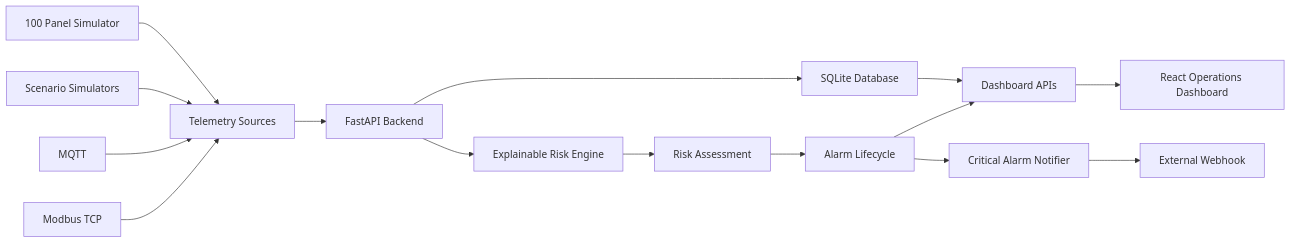
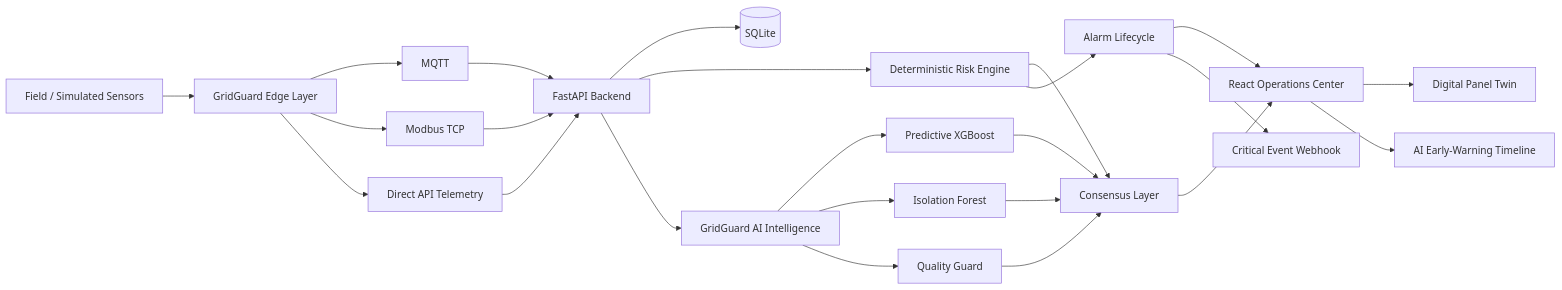
One commit to KenanAkyurek66/GridGuard changed the diagram in README.md. Above: the diagram before and after it, drawn with Mermaid. The commit also changed other lines of this file, not shown here.

Commit message:
docs: update project README for AI and hardware architecture

````diff
--- a/README.md
+++ b/README.md
@@ -160,23 +96,35 @@
 ```mermaid
 flowchart LR
-    A[Telemetry Sources] --> B[FastAPI Backend]
 
-    A1[100 Panel Simulator] --> A
-    A2[Scenario Simulators] --> A
-    A3[MQTT] --> A
-    A4[Modbus TCP] --> A
+    S[Field / Simulated Sensors] --> E[GridGuard Edge Layer]
 
-    B --> C[SQLite Database]
-    B --> D[Explainable Risk Engine]
+    E --> M[MQTT]
+    E --> B[Modbus TCP]
+    E --> A[Direct API Telemetry]
 
-    D --> E[Risk Assessment]
-    E --> F[Alarm Lifecycle]
+    M --> API[FastAPI Backend]
+    B --> API
+    A --> API
 
-    C --> G[Dashboard APIs]
-    F --> G
+    API --> DB[(SQLite)]
+    API --> R[Deterministic Risk Engine]
+    API --> AI[GridGuard AI Intelligence]
 
-    G --> H[React Operations Dashboard]
-    F --> I[Critical Alarm Notifier]
+    AI --> P[Predictive XGBoost]
+    AI --> IF[Isolation Forest]
+    AI --> Q[Quality Guard]
 
-    I --> J[External Webhook]
+    R --> C[Consensus Layer]
+    P --> C
+    IF --> C
+    Q --> C
+
+    R --> AL[Alarm Lifecycle]
+    C --> UI[React Operations Center]
+    AL --> UI
+
+    UI --> T[Digital Panel Twin]
+    UI --> TL[AI Early-Warning Timeline]
+
+    AL --> W[Critical Event Webhook]
 ```
````
